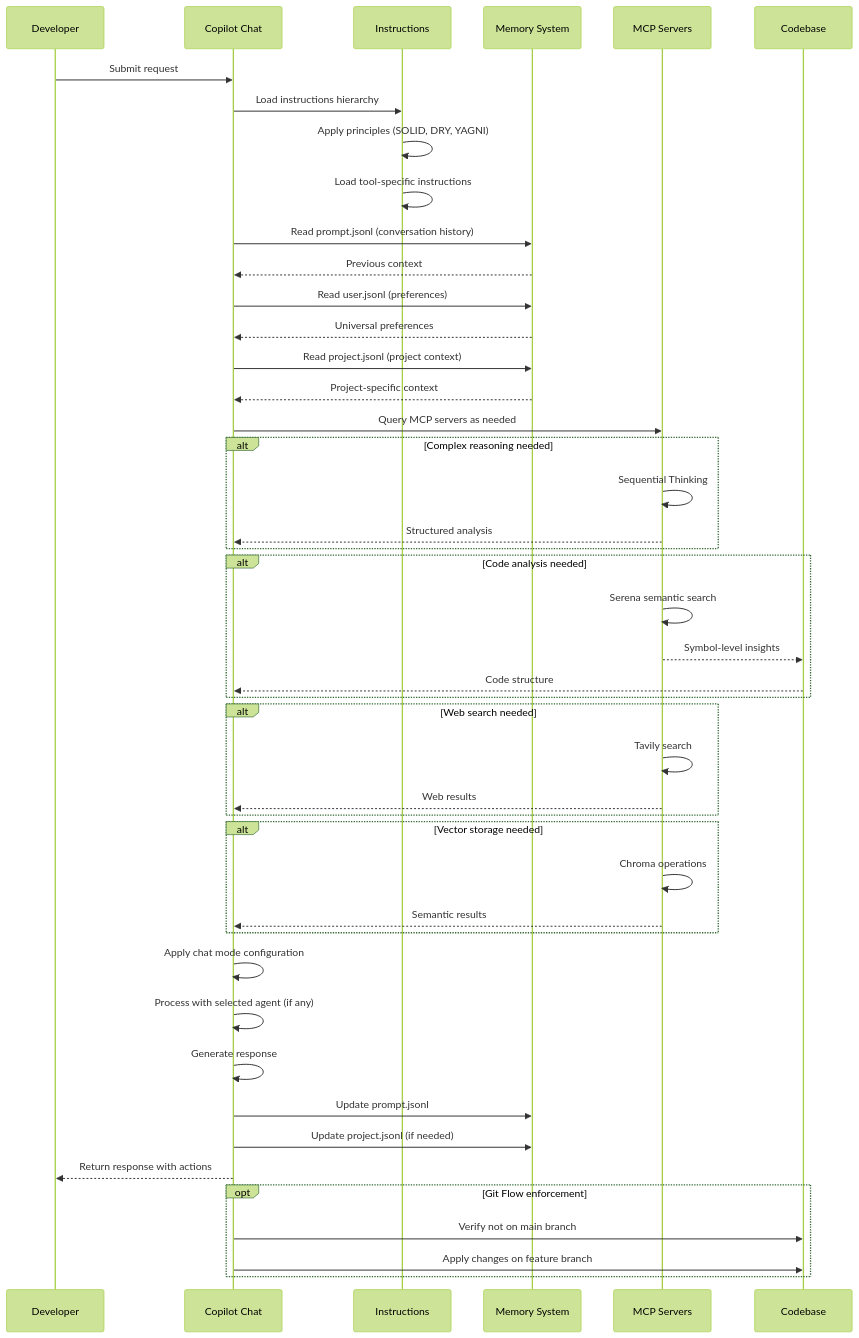
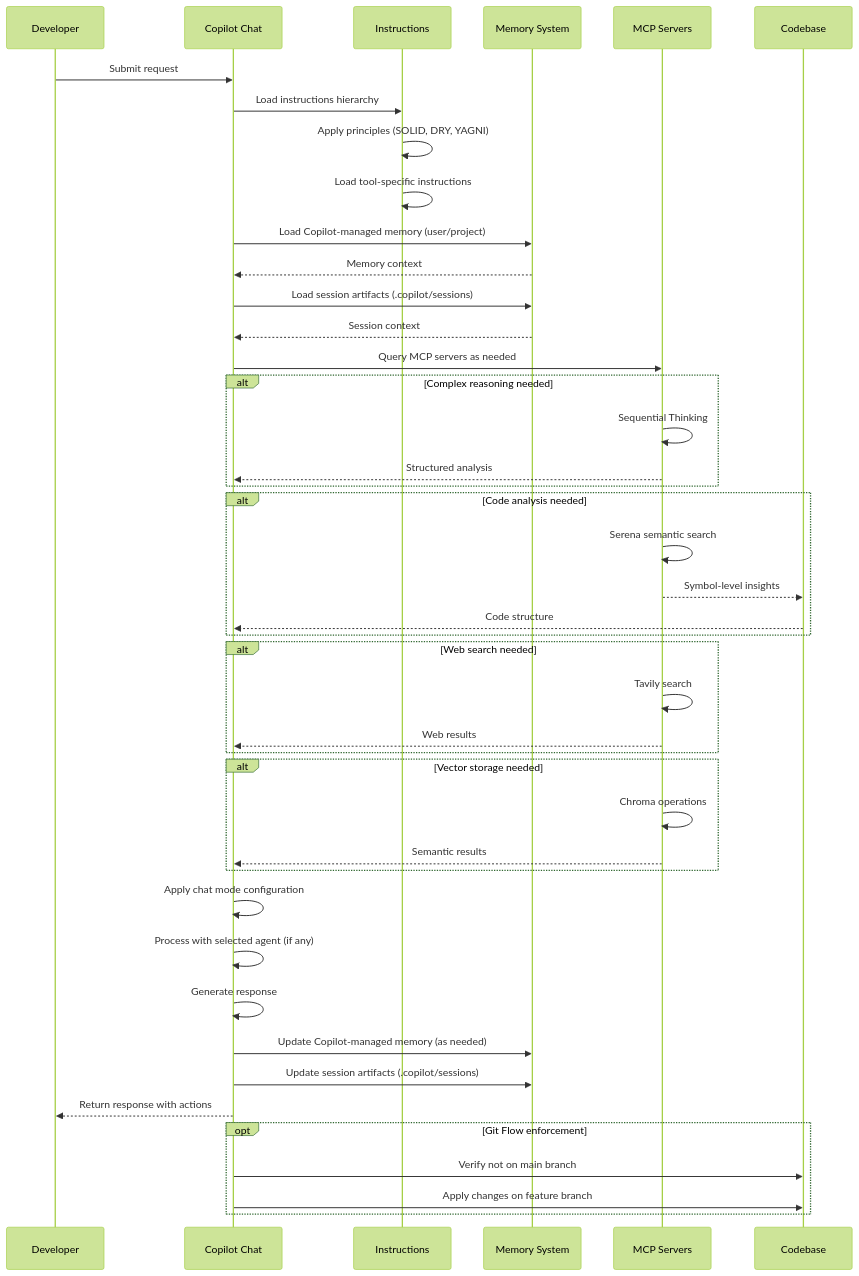
Before and after one commit to anoblet/copilot: the second of 3 diagrams in README.md, drawn with Mermaid (forest theme). The commit also changed other lines of this file and 17 other files, not shown here.

````diff
--- a/README.md
+++ b/README.md
@@ -175,60 +183,57 @@
 ```mermaid
 sequenceDiagram
     participant Dev as Developer
     participant Chat as Copilot Chat
     participant Inst as Instructions
     participant Mem as Memory System
     participant MCP as MCP Servers
     participant Code as Codebase
 
     Dev->>Chat: Submit request
     Chat->>Inst: Load instructions hierarchy
     Inst->>Inst: Apply principles (SOLID, DRY, YAGNI)
     Inst->>Inst: Load tool-specific instructions
 
-    Chat->>Mem: Read prompt.jsonl (conversation history)
-    Mem-->>Chat: Previous context
+    Chat->>Mem: Load Copilot-managed memory (user/project)
+    Mem-->>Chat: Memory context
 
-    Chat->>Mem: Read user.jsonl (preferences)
-    Mem-->>Chat: Universal preferences
-
-    Chat->>Mem: Read project.jsonl (project context)
-    Mem-->>Chat: Project-specific context
+    Chat->>Mem: Load session artifacts (.copilot/sessions)
+    Mem-->>Chat: Session context
 
     Chat->>MCP: Query MCP servers as needed
 
     alt Complex reasoning needed
         MCP->>MCP: Sequential Thinking
         MCP-->>Chat: Structured analysis
     end
 
     alt Code analysis needed
         MCP->>MCP: Serena semantic search
         MCP-->>Code: Symbol-level insights
         Code-->>Chat: Code structure
     end
 
     alt Web search needed
         MCP->>MCP: Tavily search
         MCP-->>Chat: Web results
     end
 
     alt Vector storage needed
         MCP->>MCP: Chroma operations
         MCP-->>Chat: Semantic results
     end
 
     Chat->>Chat: Apply chat mode configuration
     Chat->>Chat: Process with selected agent (if any)
     Chat->>Chat: Generate response
 
-    Chat->>Mem: Update prompt.jsonl
-    Chat->>Mem: Update project.jsonl (if needed)
+    Chat->>Mem: Update Copilot-managed memory (as needed)
+    Chat->>Mem: Update session artifacts (.copilot/sessions)
 
     Chat-->>Dev: Return response with actions
 
     opt Git Flow enforcement
         Chat->>Code: Verify not on main branch
         Chat->>Code: Apply changes on feature branch
     end
 ```
````
